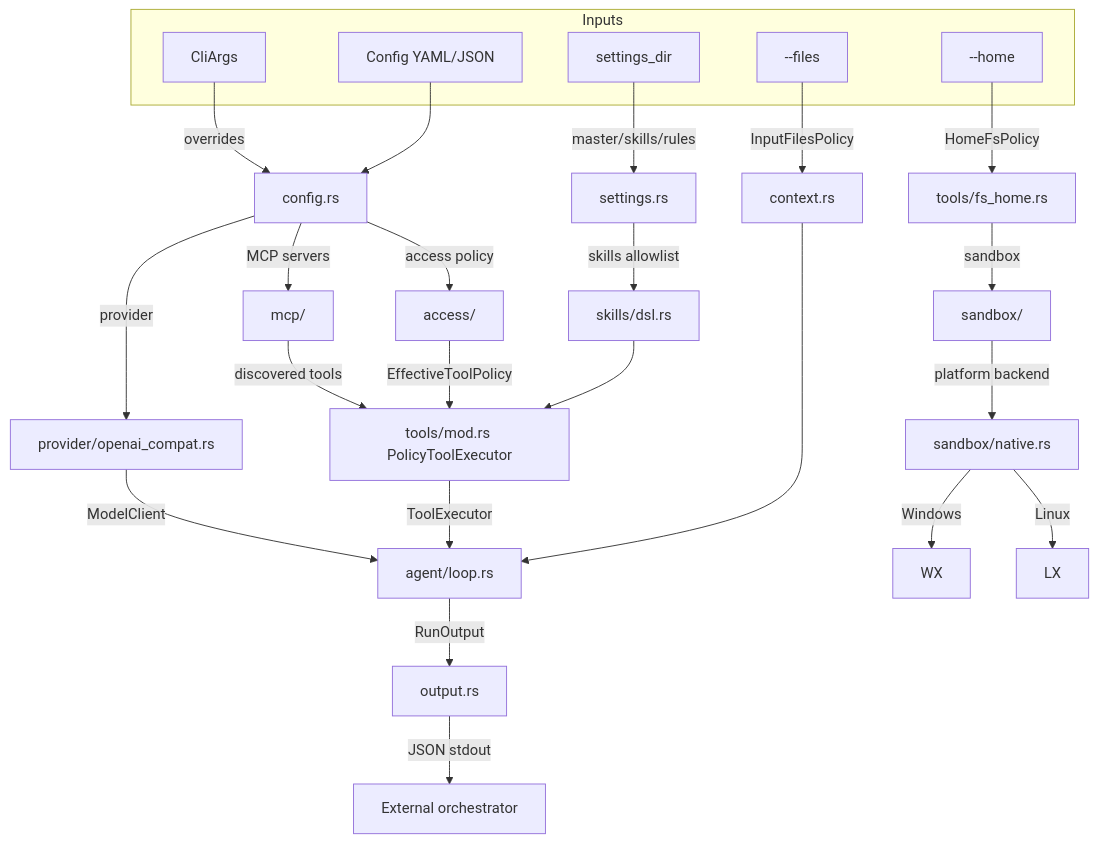
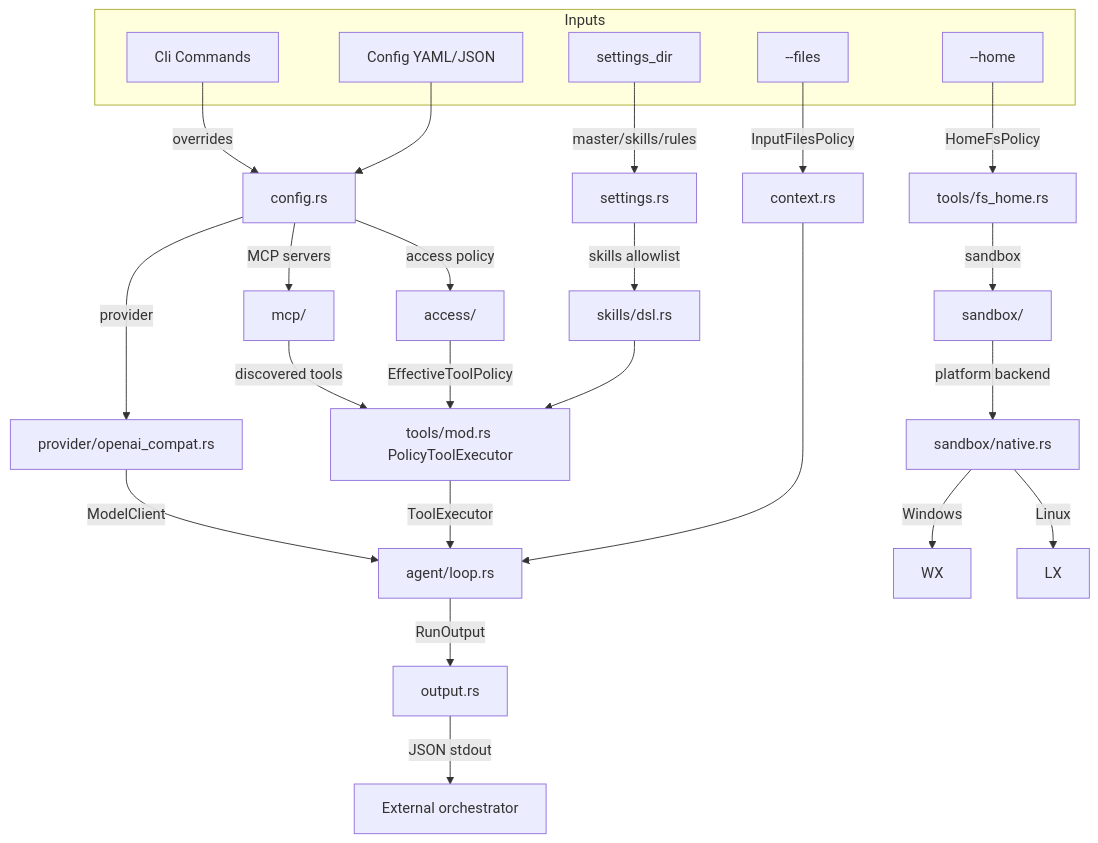
One commit to gazalievtimur/Agent-Kuibysheff changed the second of 4 diagrams in docs/ARCHITECTURE.md. Above: the diagram before and after it, drawn with Mermaid. The commit also changed other lines of this file and 21 other files, not shown here.

````diff
--- a/docs/ARCHITECTURE.md
+++ b/docs/ARCHITECTURE.md
@@ -41,36 +41,36 @@
 ```mermaid
 flowchart TD
     subgraph inputs [Inputs]
-        CLI[CliArgs]
+        CLI[Cli Commands]
         CFG[Config YAML/JSON]
         SET[settings_dir]
         FILES[--files]
         HOME[--home]
     end
 
     CLI -->|overrides| CONFIG[config.rs]
     CFG --> CONFIG
     SET -->|master/skills/rules| SETTINGS[settings.rs]
     FILES -->|InputFilesPolicy| CONTEXT[context.rs]
     HOME -->|HomeFsPolicy| HOMEFS[tools/fs_home.rs]
 
     CONFIG -->|access policy| ACCESS[access/]
     ACCESS -->|EffectiveToolPolicy| POLICY[tools/mod.rs PolicyToolExecutor]
     SETTINGS -->|skills allowlist| SKILLS[skills/dsl.rs]
     SKILLS --> POLICY
     CONFIG -->|MCP servers| MCP[mcp/]
     MCP -->|discovered tools| POLICY
 
     HOMEFS -->|sandbox| SANDBOX[sandbox/]
     SANDBOX -->|platform backend| NATIVE[sandbox/native.rs]
     NATIVE -->|Linux| LX
     NATIVE -->|Windows| WX
 
     CONFIG -->|provider| PROVIDER[provider/openai_compat.rs]
     POLICY -->|ToolExecutor| AGENT[agent/loop.rs]
     PROVIDER -->|ModelClient| AGENT
     CONTEXT --> AGENT
 
     AGENT -->|RunOutput| OUTPUT[output.rs]
     OUTPUT -->|JSON stdout| ORCH[External orchestrator]
 ```
````
